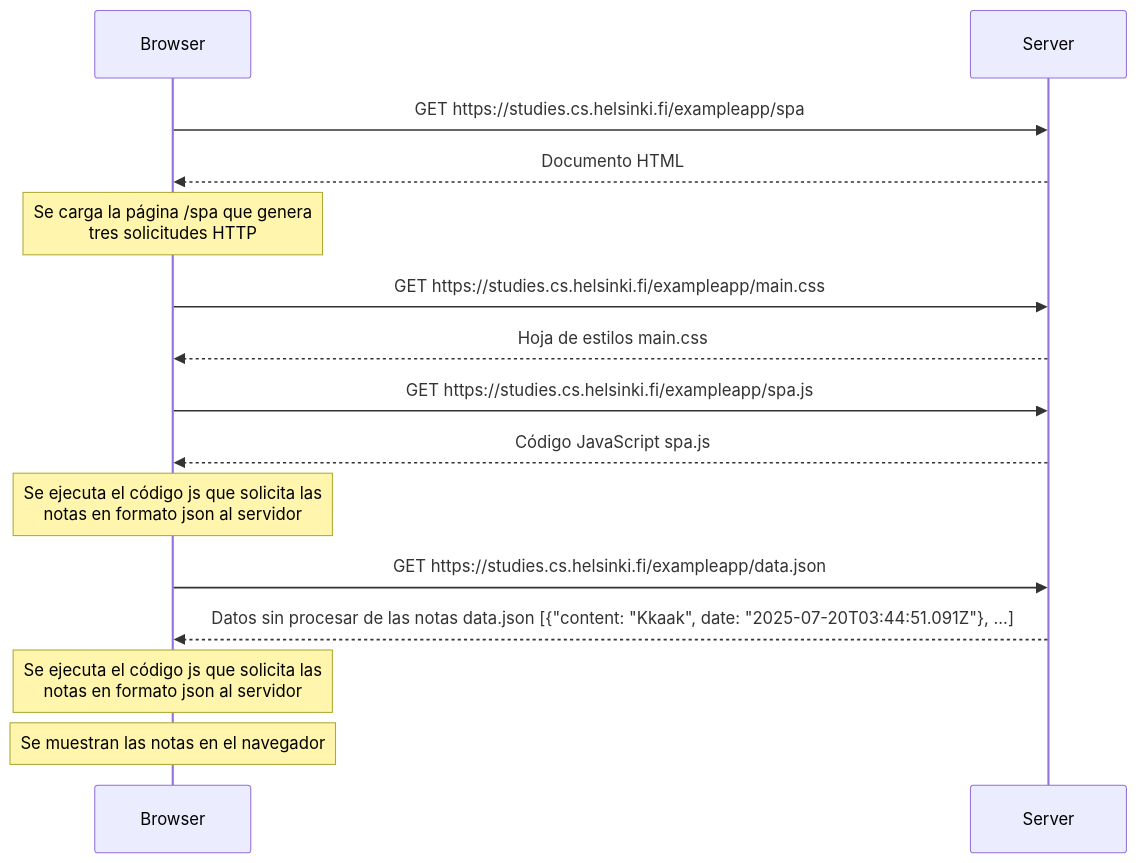
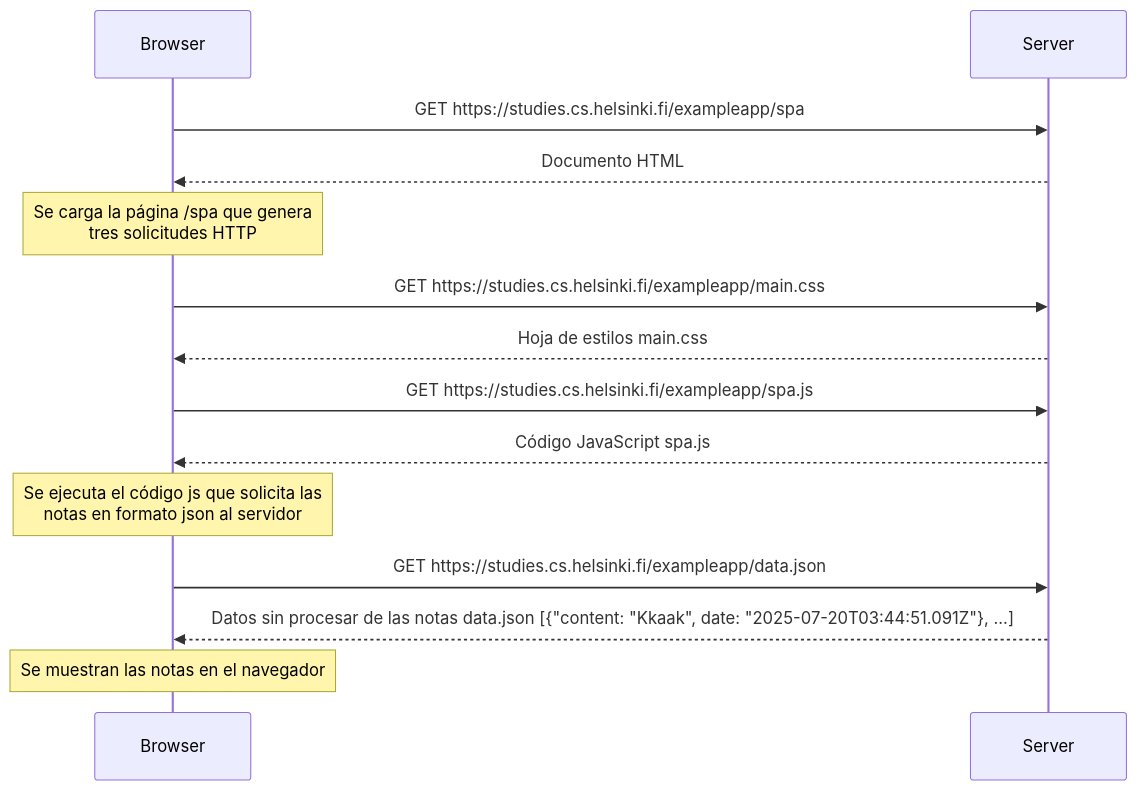
The diagram in part_0/spa-diagram.md (Jecidhz18/full-stack-open-exercises), drawn with Mermaid before and after one commit. The commit also changed 1 other file, not shown here.

````diff
--- a/part_0/spa-diagram.md
+++ b/part_0/spa-diagram.md
@@ -1,18 +1,17 @@
 ```mermaid
     sequenceDiagram
         participant Browser
         participant Server
 
         Browser->>Server: GET https://studies.cs.helsinki.fi/exampleapp/spa 
         Server-->>Browser: Documento HTML
         Note over Browser: Se carga la página /spa que genera <br> tres solicitudes HTTP
         Browser->>Server: GET https://studies.cs.helsinki.fi/exampleapp/main.css
         Server-->>Browser: Hoja de estilos main.css
         Browser->>Server: GET https://studies.cs.helsinki.fi/exampleapp/spa.js
         Server-->>Browser: Código JavaScript spa.js
         Note over Browser: Se ejecuta el código js que solicita las <br> notas en formato json al servidor
         Browser->>Server: GET https://studies.cs.helsinki.fi/exampleapp/data.json
         Server-->>Browser: Datos sin procesar de las notas data.json [{"content: "Kkaak", date: "2025-07-20T03:44:51.091Z"}, ...]    
-        Note over Browser: Se ejecuta el código js que solicita las <br> notas en formato json al servidor
         Note over Browser: Se muestran las notas en el navegador
 ```
````
